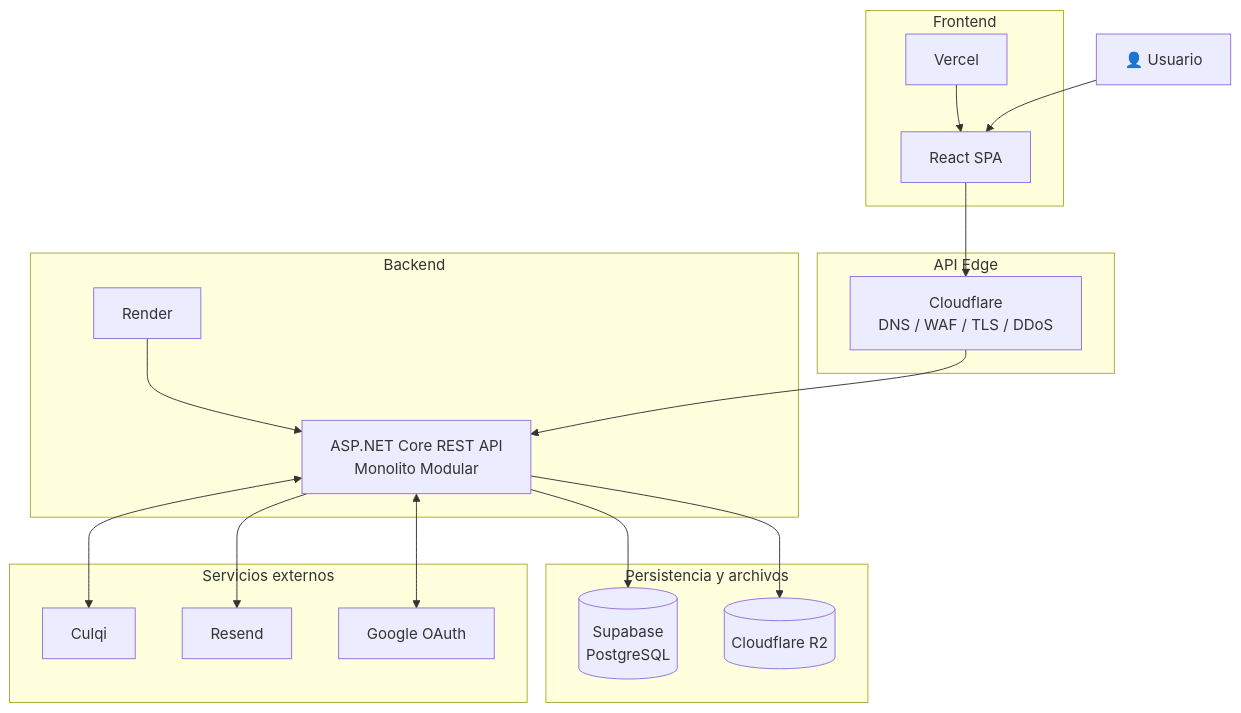
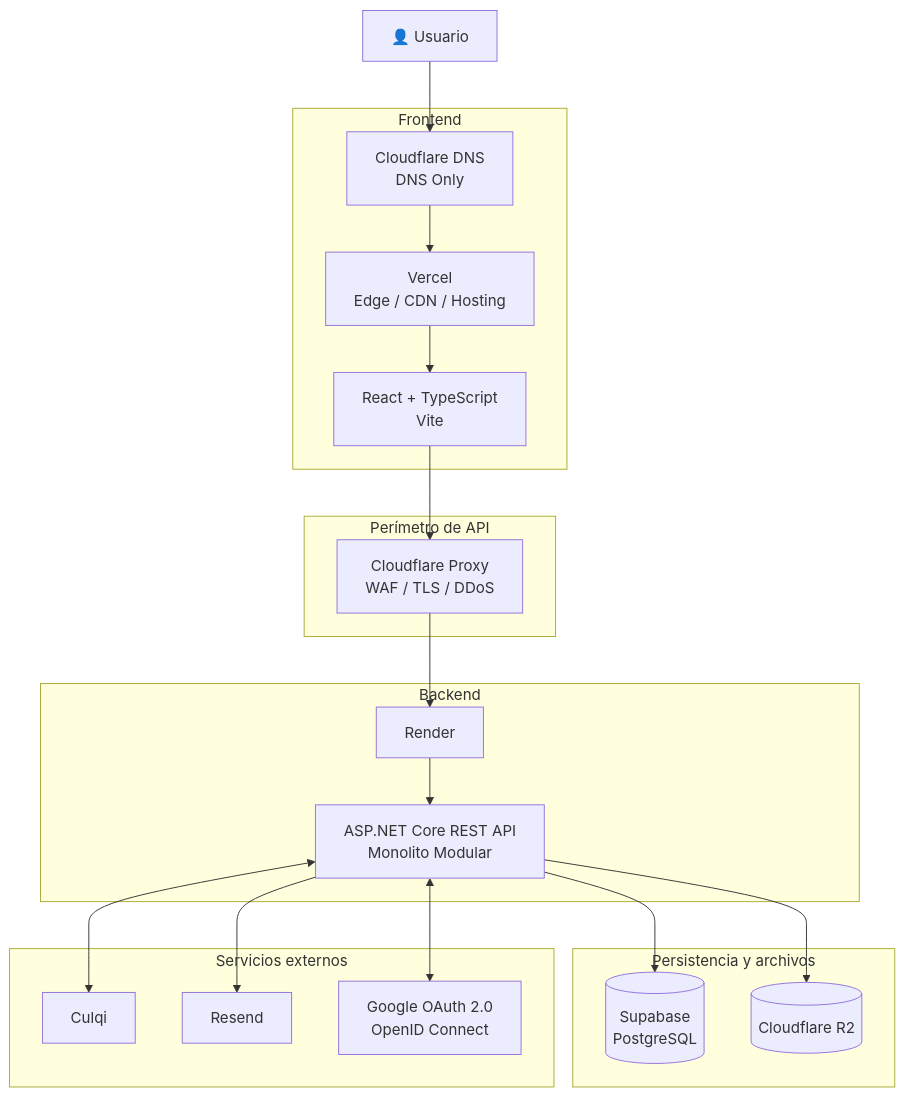
Before and after one commit to AiColleman/DMGoTravell: the first of 2 diagrams in arquitectura/arquitectura-de-despliegue.md, drawn with Mermaid. The commit also changed other lines of this file, not shown here.

Commit message:
docs: actualizar la sección de arquitectura de despliegue con detalles sobre el flujo del frontend y la API

````diff
--- a/arquitectura/arquitectura-de-despliegue.md
+++ b/arquitectura/arquitectura-de-despliegue.md
@@ -11,42 +13,46 @@
 ```mermaid
 flowchart TB
 
     USER["👤 Usuario"]
 
     subgraph FRONT["Frontend"]
-        VERCEL["Vercel"]
-        REACT["React SPA"]
+        DNS["Cloudflare DNS<br/>DNS Only"]
+        VERCEL["Vercel<br/>Edge / CDN / Hosting"]
+        REACT["React + TypeScript<br/>Vite"]
+
+        DNS --> VERCEL
         VERCEL --> REACT
     end
 
-    subgraph EDGE["API Edge"]
-        CF["Cloudflare<br/>DNS / WAF / TLS / DDoS"]
+    subgraph EDGE["Perímetro de API"]
+        CF["Cloudflare Proxy<br/>WAF / TLS / DDoS"]
     end
 
     subgraph APP["Backend"]
         RENDER["Render"]
         API["ASP.NET Core REST API<br/>Monolito Modular"]
+
         RENDER --> API
     end
 
     subgraph DATA["Persistencia y archivos"]
         SUPABASE[("Supabase<br/>PostgreSQL")]
         R2[("Cloudflare R2")]
     end
 
     subgraph EXT["Servicios externos"]
         CULQI["Culqi"]
         RESEND["Resend"]
-        GOOGLE["Google OAuth"]
+        GOOGLE["Google OAuth 2.0<br/>OpenID Connect"]
     end
 
-    USER --> REACT
+    USER --> DNS
     REACT --> CF
-    CF --> API
+    CF --> RENDER
 
     API --> SUPABASE
     API --> R2
     API <--> CULQI
     API --> RESEND
     API <--> GOOGLE
 ```
````
